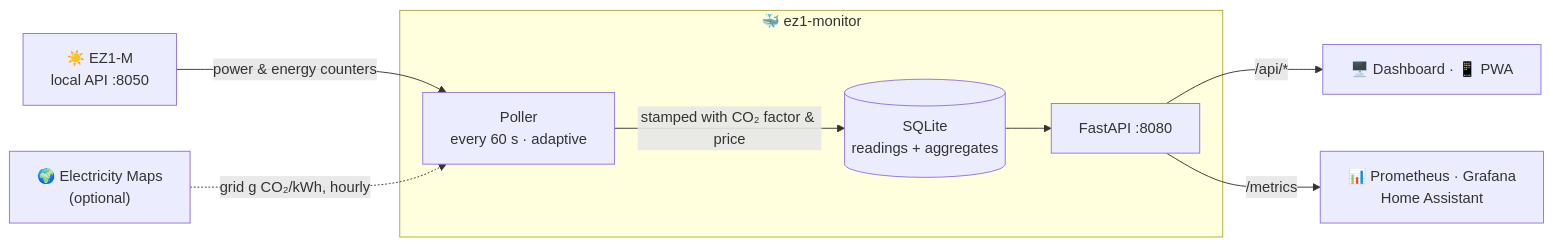
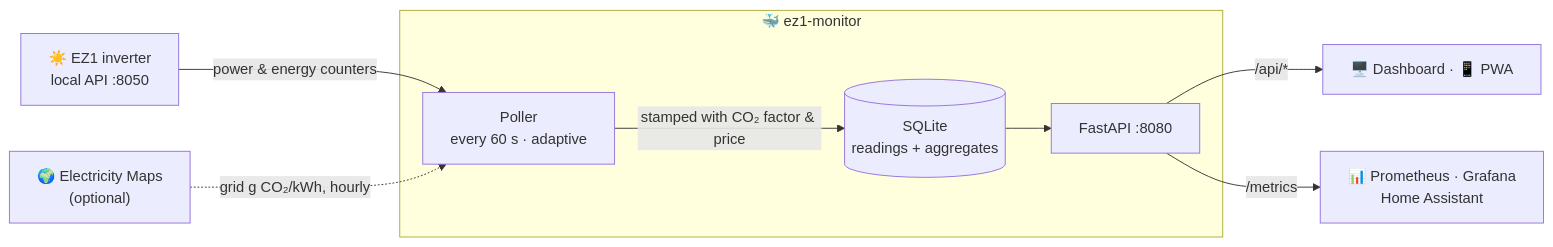
Before and after one commit to TehcSimon/ez1-monitor: the diagram in README.md, drawn with Mermaid. The commit also changed other lines of this file and 8 other files, not shown here.

````diff
--- a/README.md
+++ b/README.md
@@ -172,21 +183,21 @@
 ```mermaid
 graph LR
-    EZ1["☀️ EZ1-M<br/>local API :8050"]
+    EZ1["☀️ EZ1 inverter<br/>local API :8050"]
     EM["🌍 Electricity Maps<br/>(optional)"]
 
     subgraph Box["🐳 ez1-monitor"]
         Poller["Poller<br/>every 60 s · adaptive"]
         DB[("SQLite<br/>readings + aggregates")]
         API["FastAPI :8080"]
     end
 
     UI["🖥️ Dashboard · 📱 PWA"]
     Prom["📊 Prometheus · Grafana<br/>Home Assistant"]
 
     EZ1 -->|"power & energy counters"| Poller
     EM -.->|"grid g CO₂/kWh, hourly"| Poller
     Poller -->|"stamped with CO₂ factor & price"| DB
     DB --> API
     API -->|"/api/*"| UI
     API -->|"/metrics"| Prom
 ```
````
